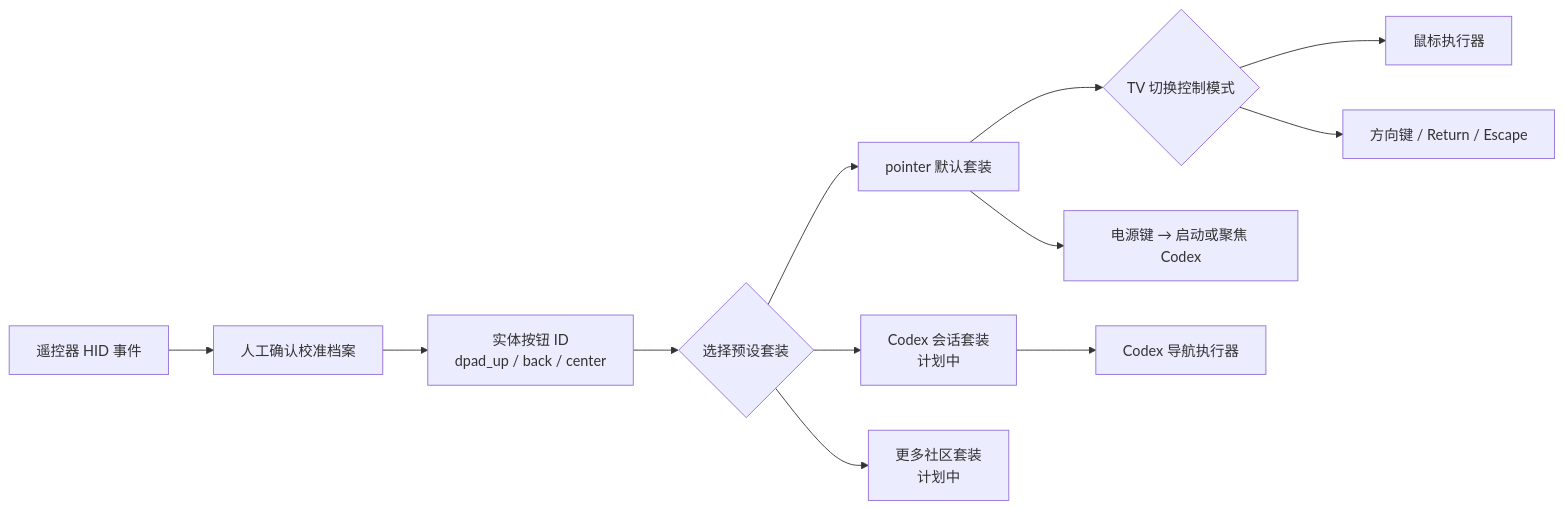
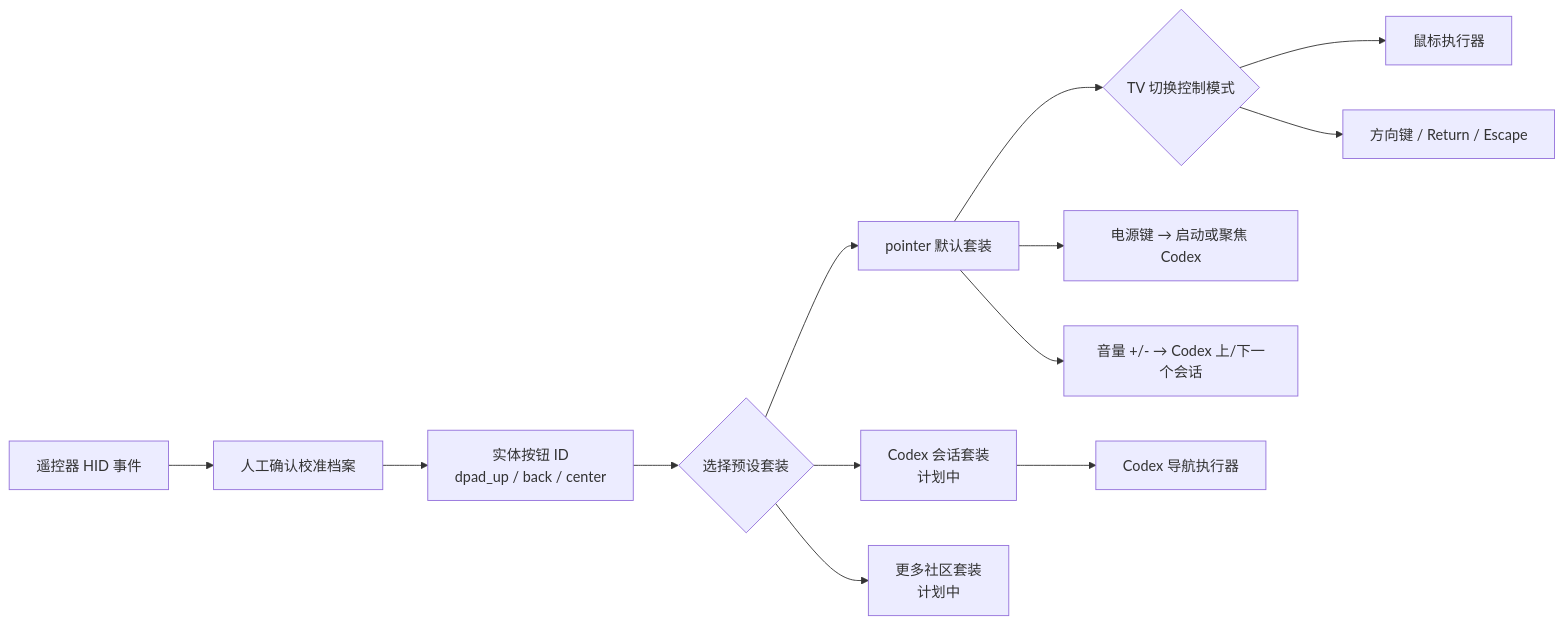
The diagram in docs/BUTTON_PRESETS.md (fanxeon/mi-ao), drawn with Mermaid before and after one commit. The commit also changed other lines of this file and 22 other files, not shown here.

````diff
--- a/docs/BUTTON_PRESETS.md
+++ b/docs/BUTTON_PRESETS.md
@@ -13,14 +13,15 @@
 ```mermaid
 flowchart LR
     A["遥控器 HID 事件"] --> B["人工确认校准档案"]
     B --> C["实体按钮 ID<br/>dpad_up / back / center"]
     C --> D{"选择预设套装"}
     D --> E["pointer 默认套装"]
     D --> F["Codex 会话套装<br/>计划中"]
     D --> G["更多社区套装<br/>计划中"]
     E --> H{"TV 切换控制模式"}
     H --> J["鼠标执行器"]
     H --> K["方向键 / Return / Escape"]
     E --> L["电源键 → 启动或聚焦 Codex"]
+    E --> M["音量 +/- → Codex 上/下一个会话"]
     F --> I["Codex 导航执行器"]
 ```
````
